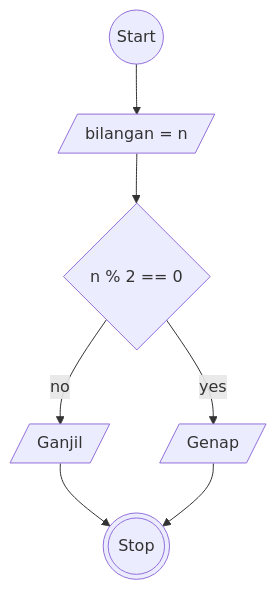
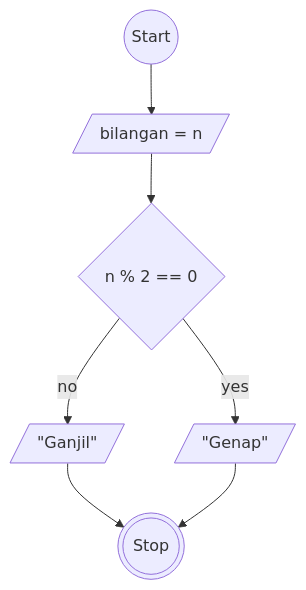
The diagram in ganjil-genap.md (muhammadfajarr30/koda-b8-algoritma), drawn with Mermaid before and after one commit. The commit also changed other lines of this file, not shown here.

````diff
--- a/ganjil-genap.md
+++ b/ganjil-genap.md
@@ -19,19 +19,20 @@
 ```mermaid
 flowchart TD
 a@{ shape: circle, label: "Start" }
 b@{ shape: lean-r, label: "bilangan = n " }
 c@{ shape: diamond, label: "n % 2 == 0" }
-d@{ shape: lean-r, label: "Genap" }
-e@{ shape: lean-r, label: "Ganjil" }
+d@{ shape: lean-r, label: "#quot;Genap#quot;" }
+e@{ shape: lean-r, label: "#quot;Ganjil#quot;" }
 f@{ shape: dbl-circ, label: "Stop" }
+
 
 
 a --> b
 b --> c
 c -- yes --> d
 c -- no --> e
 e --> f
 d--> f
 
 
 ```
````
